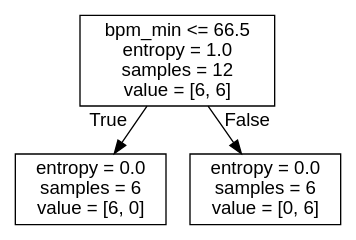
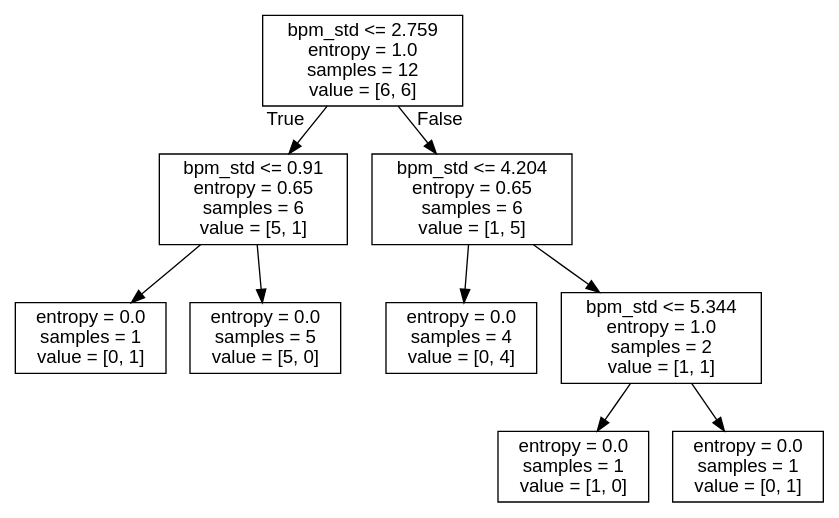
One commit to CS328-Fall2021/Group-3-Final-Project-Stress-Classification changed the diagram in tree.dot. Above: the diagram before and after it, drawn with Graphviz. The commit also changed 6 other files, not shown here.

```diff
--- a/tree.dot
+++ b/tree.dot
@@ -1,9 +1,21 @@
 digraph Tree {
 node [shape=box, fontname="helvetica"] ;
 edge [fontname="helvetica"] ;
-0 [label="bpm_min <= 66.5\nentropy = 1.0\nsamples = 12\nvalue = [6, 6]"] ;
-1 [label="entropy = 0.0\nsamples = 6\nvalue = [6, 0]"] ;
+0 [label="bpm_std <= 2.759\nentropy = 1.0\nsamples = 12\nvalue = [6, 6]"] ;
+1 [label="bpm_std <= 0.91\nentropy = 0.65\nsamples = 6\nvalue = [5, 1]"] ;
 0 -> 1 [labeldistance=2.5, labelangle=45, headlabel="True"] ;
-2 [label="entropy = 0.0\nsamples = 6\nvalue = [0, 6]"] ;
-0 -> 2 [labeldistance=2.5, labelangle=-45, headlabel="False"] ;
+2 [label="entropy = 0.0\nsamples = 1\nvalue = [0, 1]"] ;
+1 -> 2 ;
+3 [label="entropy = 0.0\nsamples = 5\nvalue = [5, 0]"] ;
+1 -> 3 ;
+4 [label="bpm_std <= 4.204\nentropy = 0.65\nsamples = 6\nvalue = [1, 5]"] ;
+0 -> 4 [labeldistance=2.5, labelangle=-45, headlabel="False"] ;
+5 [label="entropy = 0.0\nsamples = 4\nvalue = [0, 4]"] ;
+4 -> 5 ;
+6 [label="bpm_std <= 5.344\nentropy = 1.0\nsamples = 2\nvalue = [1, 1]"] ;
+4 -> 6 ;
+7 [label="entropy = 0.0\nsamples = 1\nvalue = [1, 0]"] ;
+6 -> 7 ;
+8 [label="entropy = 0.0\nsamples = 1\nvalue = [0, 1]"] ;
+6 -> 8 ;
 }
```
